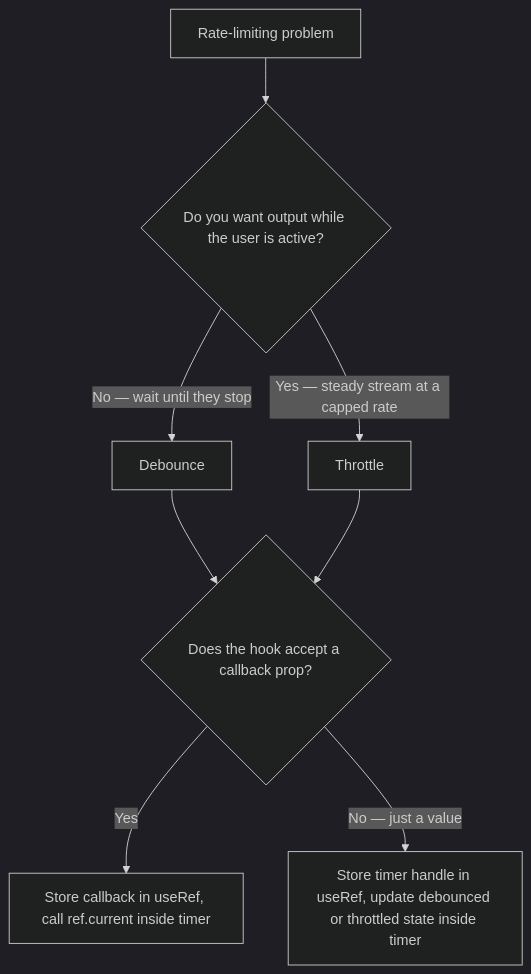
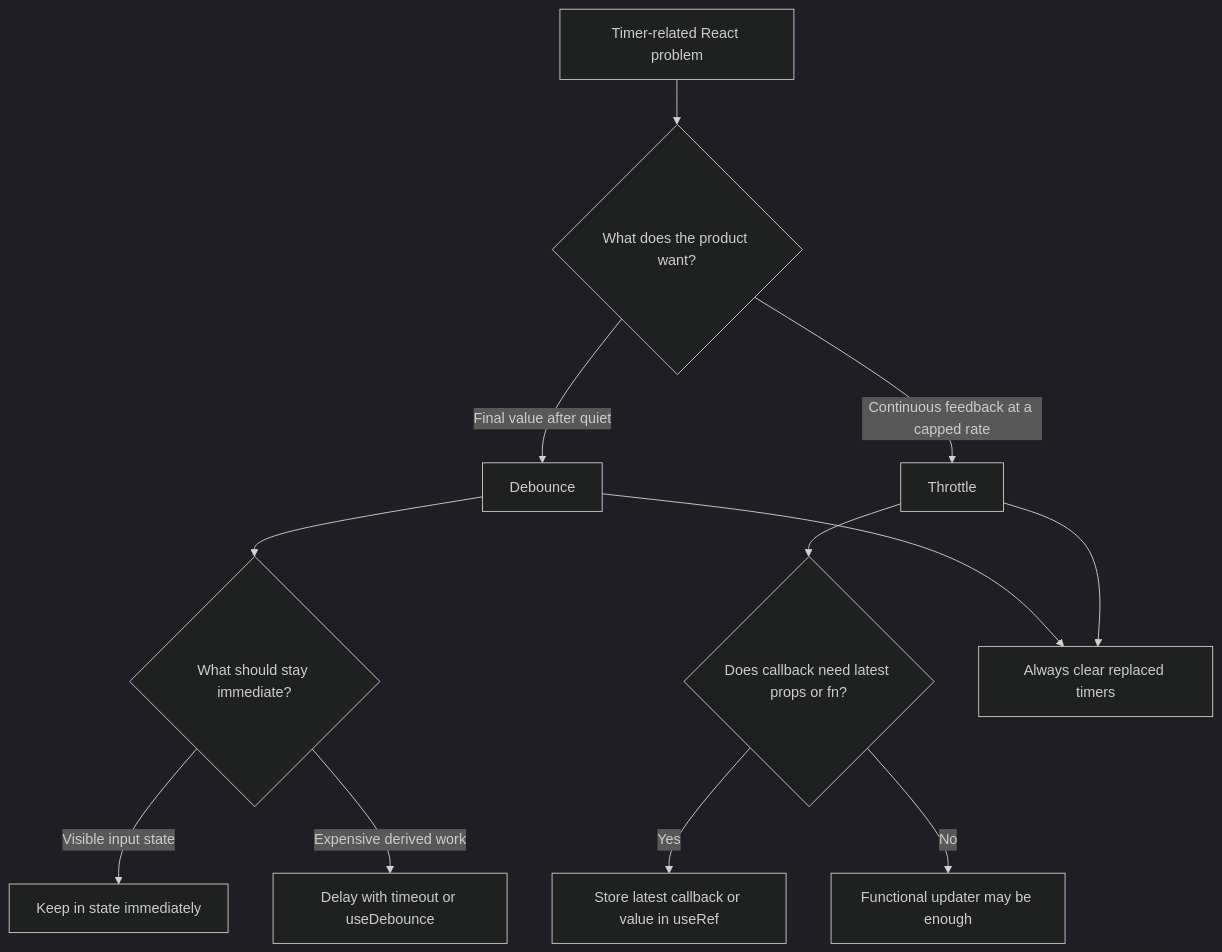
One commit to snesjhon/for-humans changed the diagram in src/app/frontend/fundamentals/timing-hooks/timing-hooks-fundamentals.md. Above: the diagram before and after it, drawn with Mermaid (dark theme). The commit also changed other lines of this file and 15 other files, not shown here.

````diff
--- a/src/app/frontend/fundamentals/timing-hooks/timing-hooks-fundamentals.md
+++ b/src/app/frontend/fundamentals/timing-hooks/timing-hooks-fundamentals.md
@@ -264,10 +278,14 @@
 ```mermaid
 flowchart TD
-  A[Rate-limiting problem] --> B{Do you want output while the user is active?}
-  B -->|No — wait until they stop| C[Debounce]
-  B -->|Yes — steady stream at a capped rate| D[Throttle]
-  C --> E{Does the hook accept a callback prop?}
-  D --> E
-  E -->|Yes| F[Store callback in useRef, call ref.current inside timer]
-  E -->|No — just a value| G[Store timer handle in useRef, update debounced or throttled state inside timer]
+  A[Timer-related React problem] --> B{What does the product want?}
+  B -->|Final value after quiet| C[Debounce]
+  B -->|Continuous feedback at a capped rate| D[Throttle]
+  C --> E{What should stay immediate?}
+  D --> F{Does callback need latest props or fn?}
+  E -->|Visible input state| G[Keep in state immediately]
+  E -->|Expensive derived work| H[Delay with timeout or useDebounce]
+  F -->|Yes| I[Store latest callback or value in useRef]
+  F -->|No| J[Functional updater may be enough]
+  C --> K[Always clear replaced timers]
+  D --> K
 ```
````
